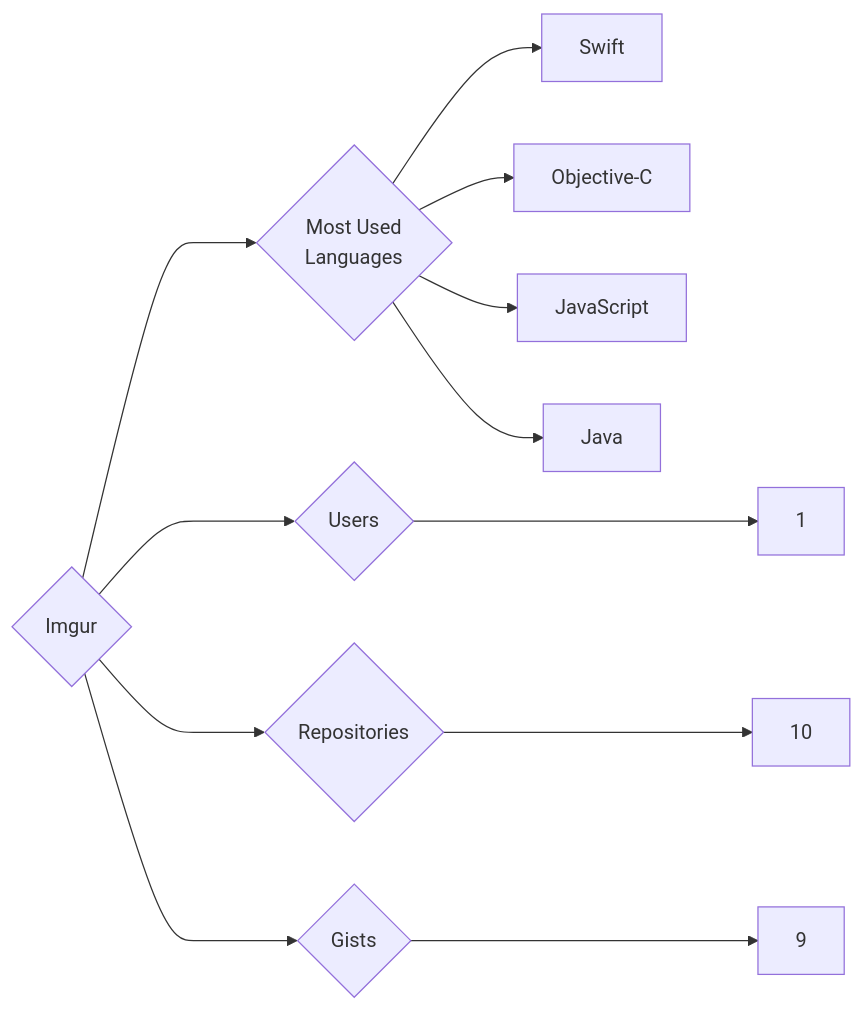
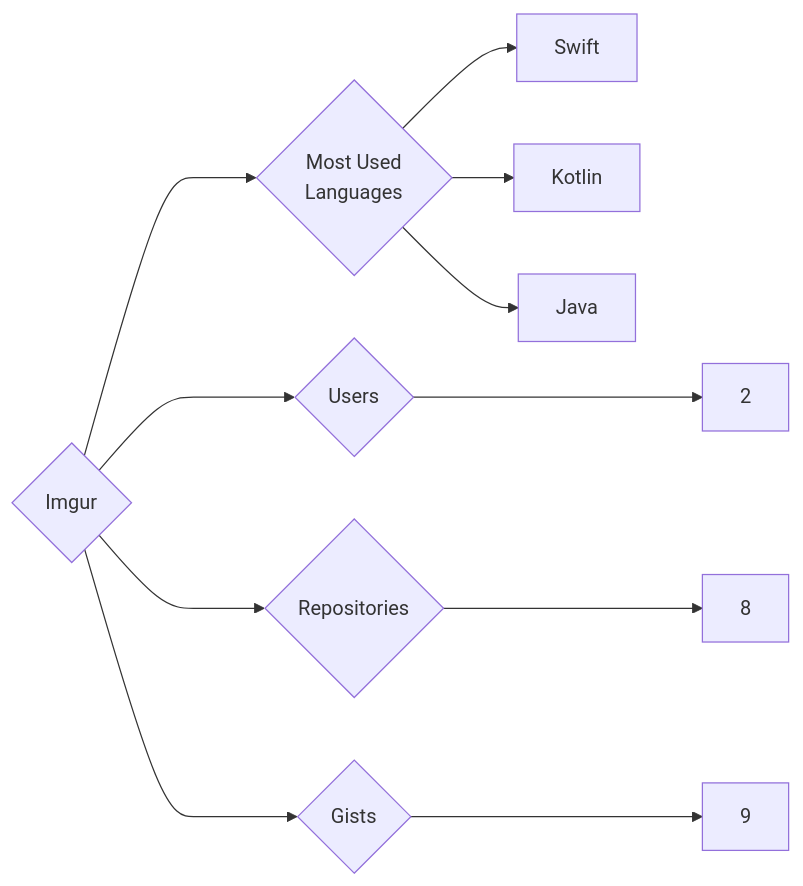
Before and after one commit to trickest/insiders: the diagram in targets/Imgur/README.md, drawn with Mermaid. The commit also changed 736 other files, not shown here.

````diff
--- a/targets/Imgur/README.md
+++ b/targets/Imgur/README.md
@@ -3,12 +3,11 @@
 ```mermaid
 graph LR
 COMPANY_NAME{Imgur}
-COMPANY_NAME ---> U{Users} ---> UN[1]
-COMPANY_NAME ---> R{Repositories} ---> RN[10]
+COMPANY_NAME ---> U{Users} ---> UN[2]
+COMPANY_NAME ---> R{Repositories} ---> RN[8]
 COMPANY_NAME ---> G{Gists} ---> GN[9]
 COMPANY_NAME ---> ML{Most Used<br>Languages}
 ML --> Swift[Swift]
-ML --> Objective-C[Objective-C]
-ML --> JavaScript[JavaScript]
+ML --> Kotlin[Kotlin]
 ML --> Java[Java]
 ```
````
